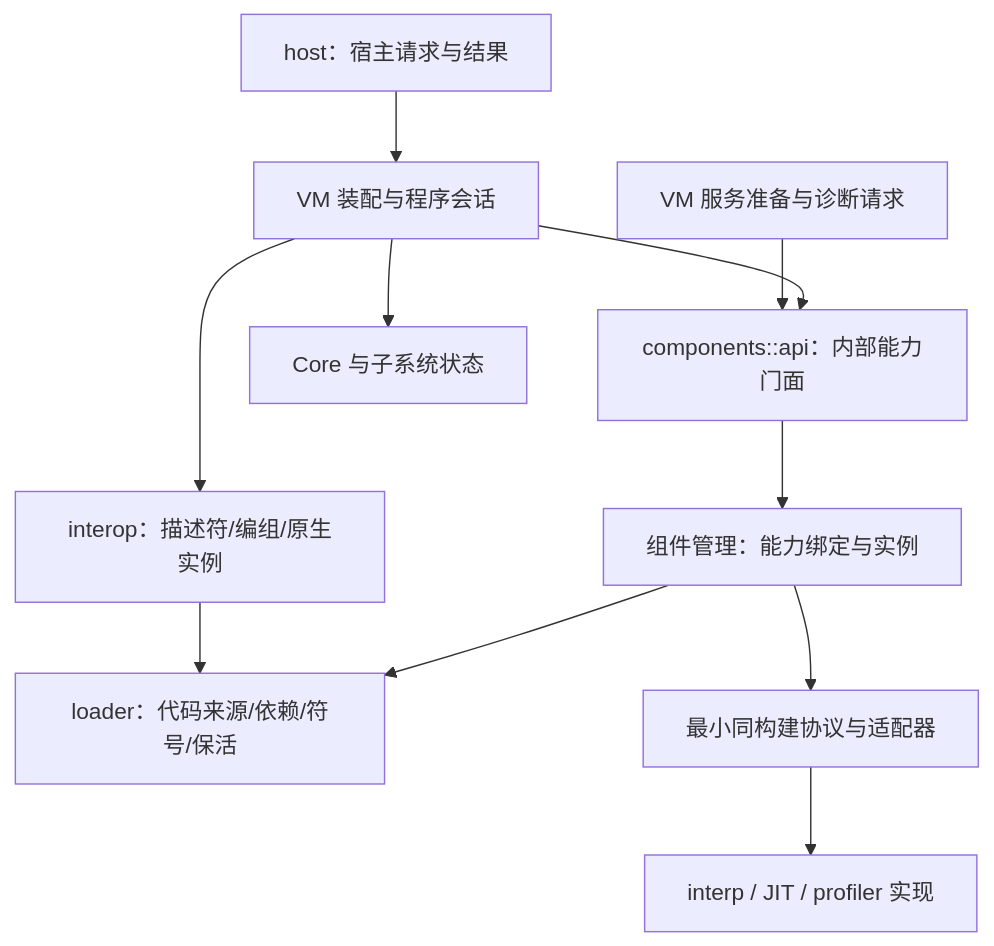
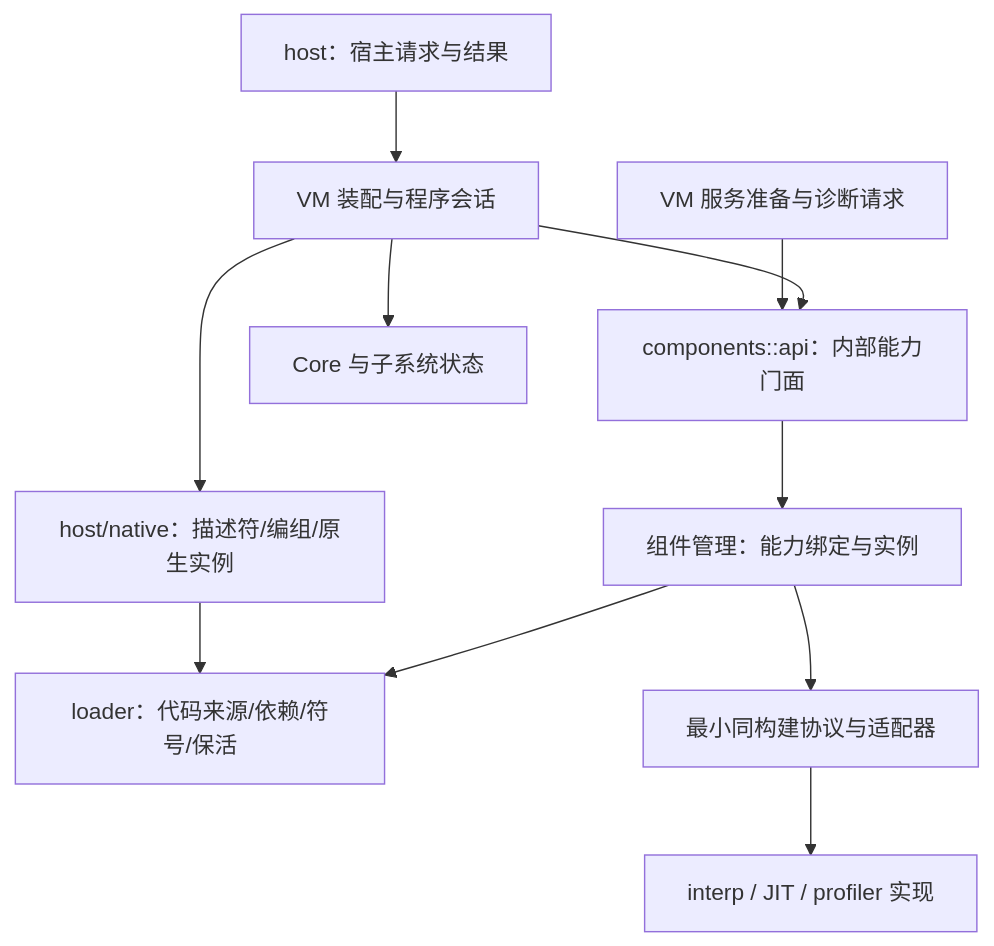
Before and after one commit to z42-lang/z42: the diagram in docs/internals/src/runtime/module-boundaries.md, drawn with Mermaid. The commit also changed other lines of this file and 49 other files, not shown here.

First line of the commit message:
refactor(runtime): interop 并入 host，顶层模块 16→15

````diff
--- a/docs/internals/src/runtime/module-boundaries.md
+++ b/docs/internals/src/runtime/module-boundaries.md
@@ -83,13 +83,13 @@
 ```mermaid
 flowchart TD
     H[host：宿主请求与结果] --> V[VM 装配与程序会话]
     V --> A[components::api：内部能力门面]
     E[VM 服务准备与诊断请求] --> A
     A --> M[组件管理：能力绑定与实例]
     M --> L[loader：代码来源/依赖/符号/保活]
     M --> P[最小同构建协议与适配器]
     P --> I[interp / JIT / profiler 实现]
-    V --> N[interop：描述符/编组/原生实例]
+    V --> N[host/native：描述符/编组/原生实例]
     N --> L
     V --> C[Core 与子系统状态]
 ```
````
